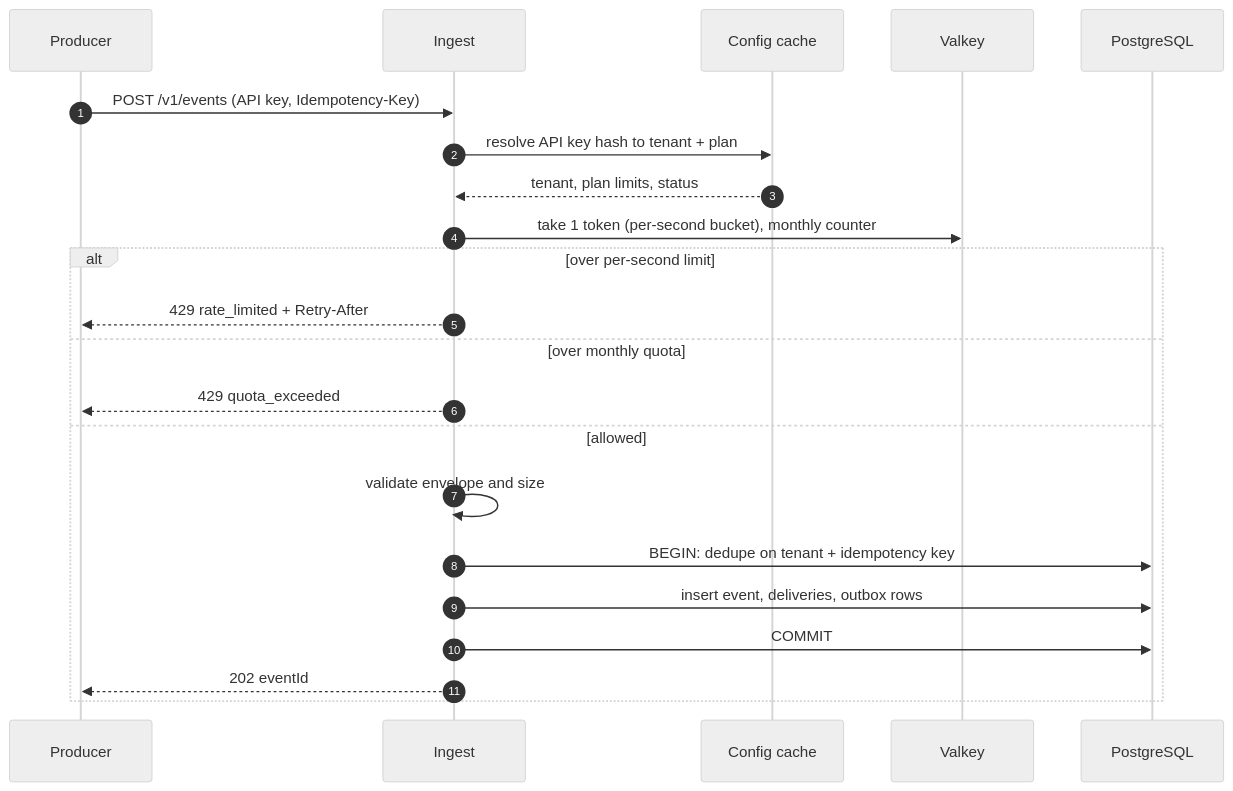
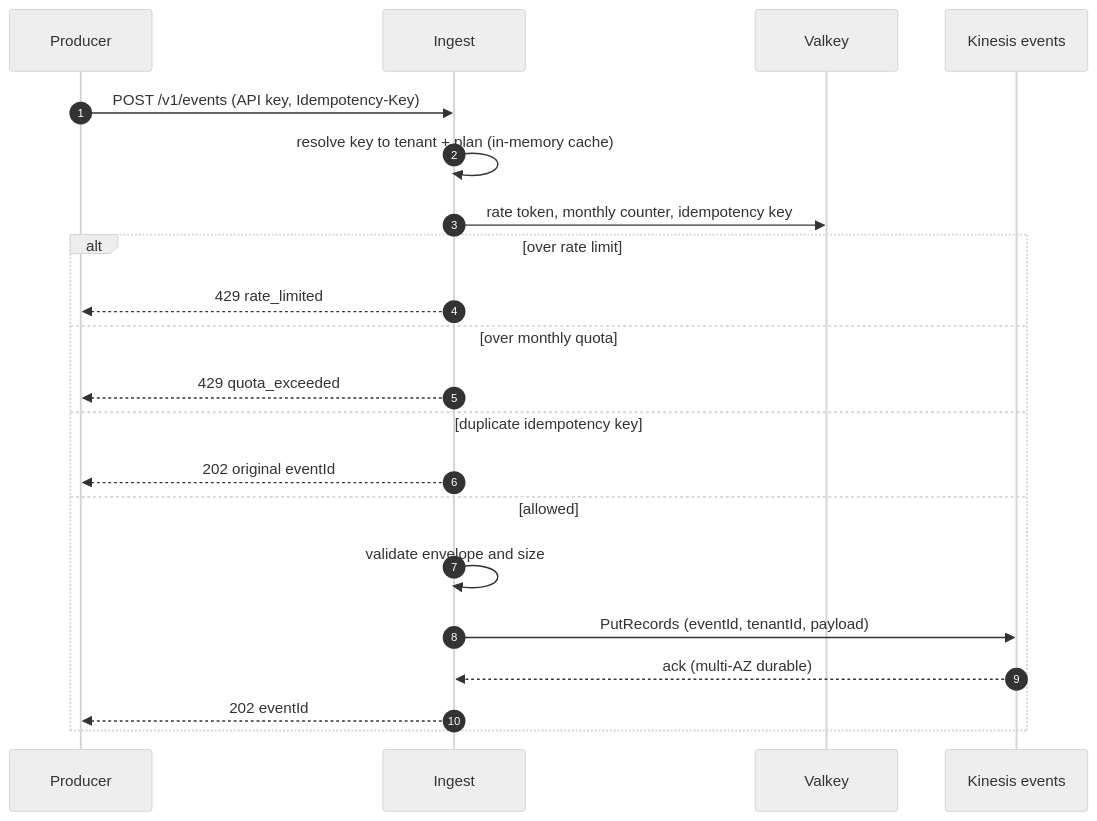
The second of 7 diagrams in docs/architecture.md (twobudgies/WebhookGateway), drawn with Mermaid (neutral theme) before and after one commit. The commit also changed other lines of this file and 6 other files, not shown here.

Commit message:
docs: architecture v3 (30k events/s, pacing, connection limits), data plane, portal

````diff
--- a/docs/architecture.md
+++ b/docs/architecture.md
@@ -64,24 +84,23 @@
 ```mermaid
 sequenceDiagram
   autonumber
   participant P as Producer
   participant I as Ingest
-  participant K as Config cache
-  participant R as Valkey
-  participant DB as PostgreSQL
+  participant V as Valkey
+  participant K as Kinesis events
   P->>I: POST /v1/events (API key, Idempotency-Key)
-  I->>K: resolve API key hash to tenant + plan
-  K-->>I: tenant, plan limits, status
-  I->>R: take 1 token (per-second bucket), monthly counter
-  alt over per-second limit
-    I-->>P: 429 rate_limited + Retry-After
+  I->>I: resolve key to tenant + plan (in-memory cache)
+  I->>V: rate token, monthly counter, idempotency key
+  alt over rate limit
+    I-->>P: 429 rate_limited
   else over monthly quota
     I-->>P: 429 quota_exceeded
+  else duplicate idempotency key
+    I-->>P: 202 original eventId
   else allowed
     I->>I: validate envelope and size
-    I->>DB: BEGIN: dedupe on tenant + idempotency key
-    I->>DB: insert event, deliveries, outbox rows
-    I->>DB: COMMIT
+    I->>K: PutRecords (eventId, tenantId, payload)
+    K-->>I: ack (multi-AZ durable)
     I-->>P: 202 eventId
   end
 ```
````
